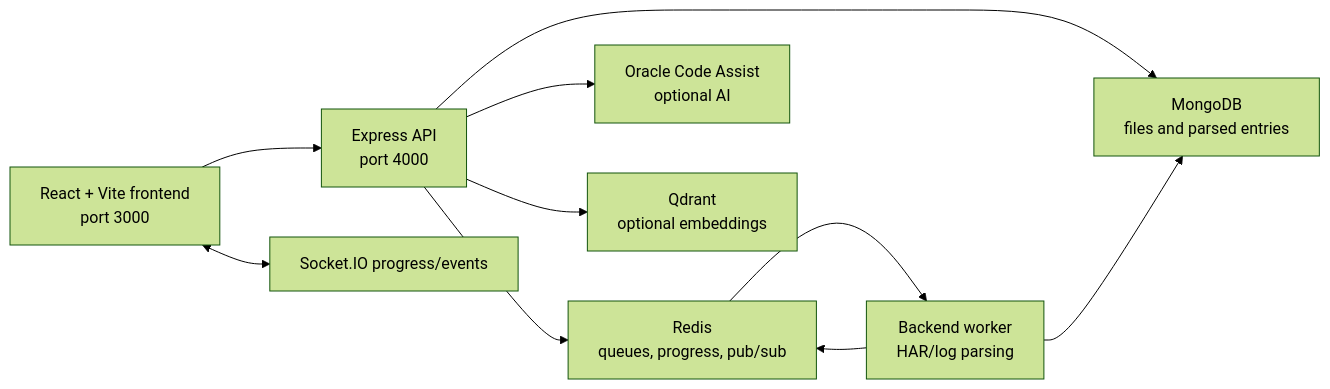
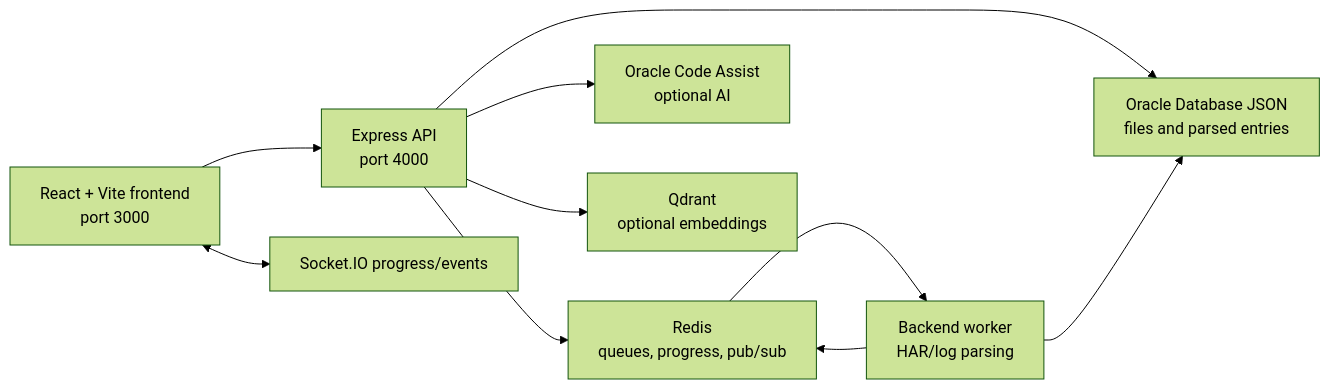
One commit to swarnim-sawane/HAR-File-Analyser changed the diagram in README.md. Above: the diagram before and after it, drawn with Mermaid (forest theme). The commit also changed other lines of this file and 31 other files, not shown here.

Commit message:
migrate persistence to oracle json

````diff
--- a/README.md
+++ b/README.md
@@ -33,12 +33,12 @@
 ```mermaid
 flowchart LR
     Browser["React + Vite frontend\nport 3000"] --> API["Express API\nport 4000"]
     Browser <--> Socket["Socket.IO progress/events"]
     API --> Redis["Redis\nqueues, progress, pub/sub"]
-    API --> Mongo["MongoDB\nfiles and parsed entries"]
+    API --> Oracle["Oracle Database JSON\nfiles and parsed entries"]
     Redis --> Worker["Backend worker\nHAR/log parsing"]
-    Worker --> Mongo
+    Worker --> Oracle
     Worker --> Redis
     API --> OCA["Oracle Code Assist\noptional AI"]
     API --> Qdrant["Qdrant\noptional embeddings"]
 ```
````
